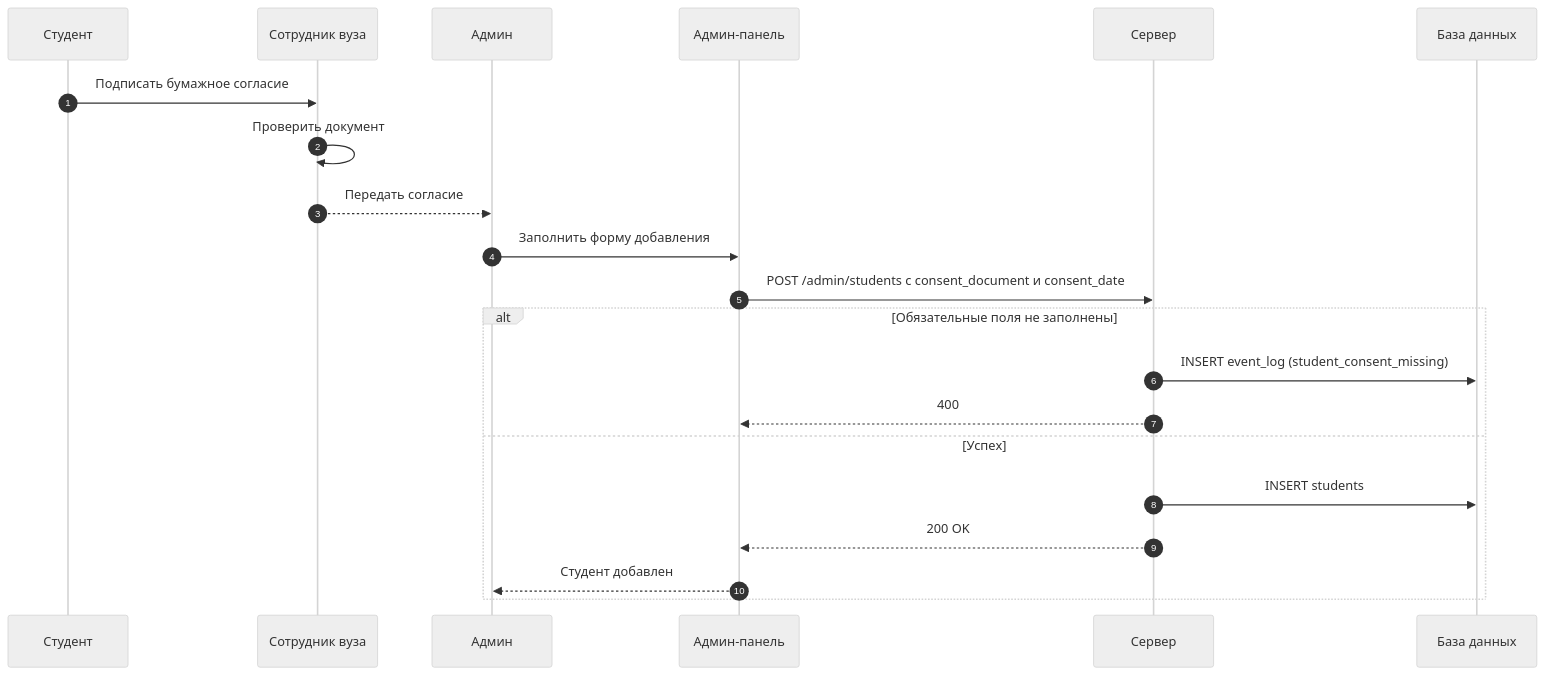
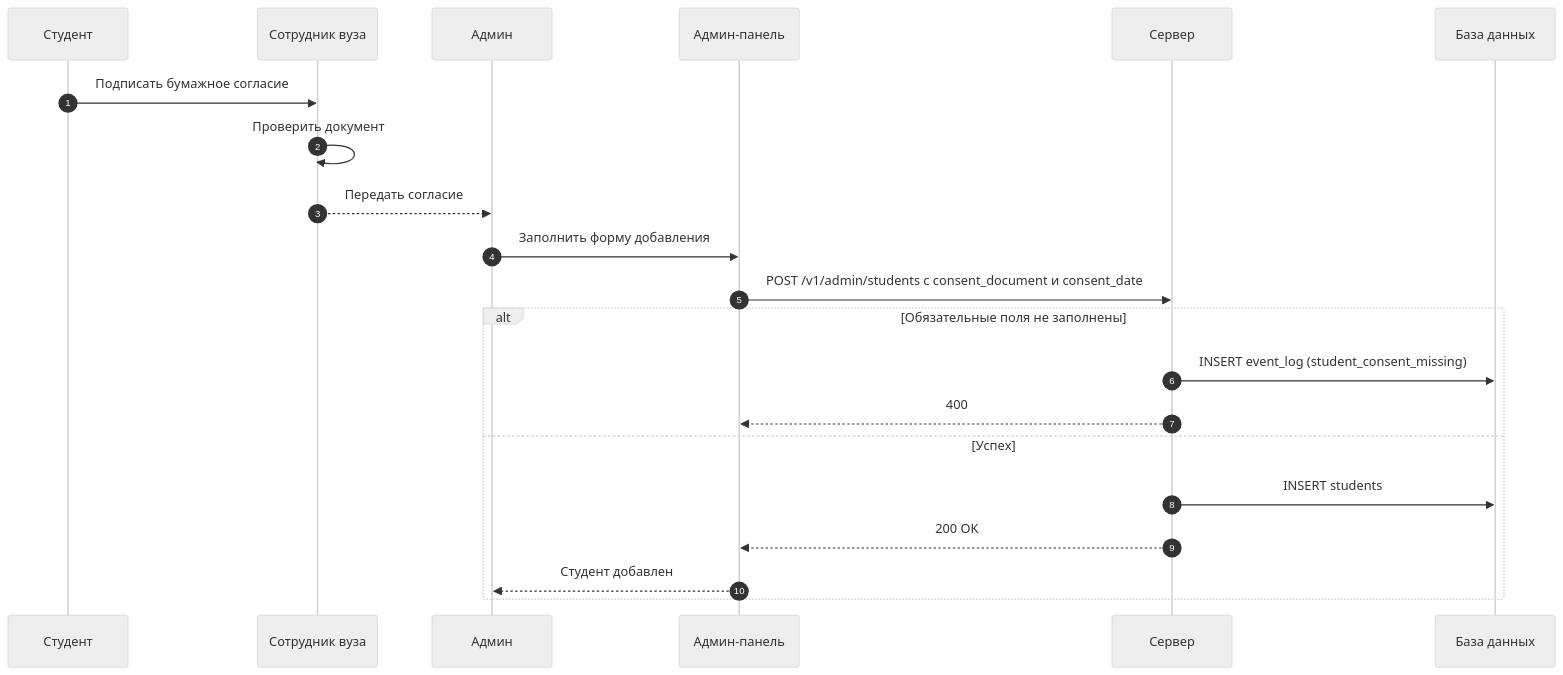
Diagram 12 of 13 in concept.md (SP4CEVI/iasu-2.0), drawn with Mermaid (neutral theme) before and after one commit. The commit also changed other lines of this file, not shown here.

````diff
--- a/concept.md
+++ b/concept.md
@@ -1191,24 +1225,24 @@
 ```mermaid
 sequenceDiagram
     autonumber
     participant Student as Студент
     participant Staff as Сотрудник вуза
     participant Admin as Админ
     participant Web as Админ-панель
     participant API as Сервер
     participant DB as База данных
 
     Student->>Staff: Подписать бумажное согласие
     Staff->>Staff: Проверить документ
     Staff-->>Admin: Передать согласие
     Admin->>Web: Заполнить форму добавления
-    Web->>API: POST /admin/students с consent_document и consent_date
+    Web->>API: POST /v1/admin/students с consent_document и consent_date
     alt Обязательные поля не заполнены
         API->>DB: INSERT event_log (student_consent_missing)
         API-->>Web: 400
     else Успех
         API->>DB: INSERT students
         API-->>Web: 200 OK
         Web-->>Admin: Студент добавлен
     end
 ```
````
